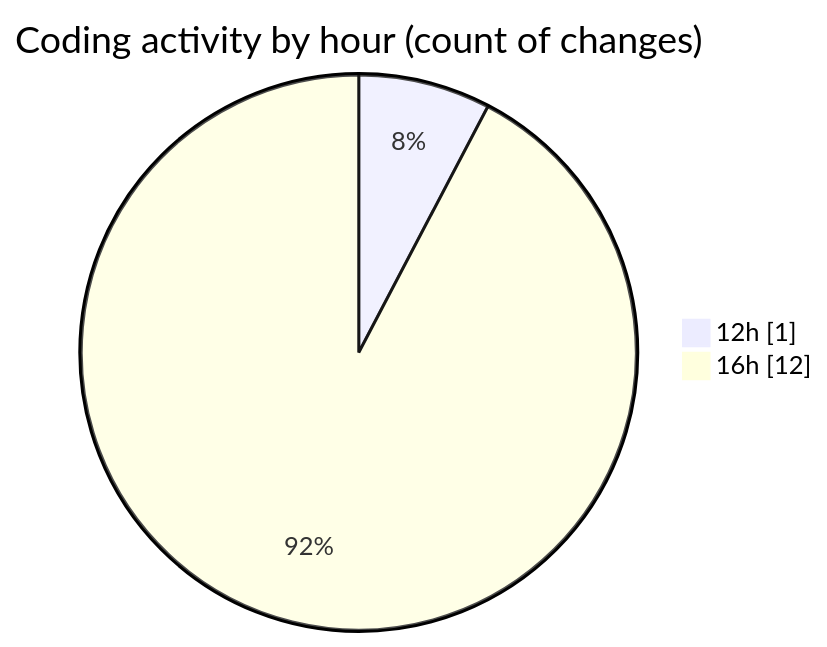
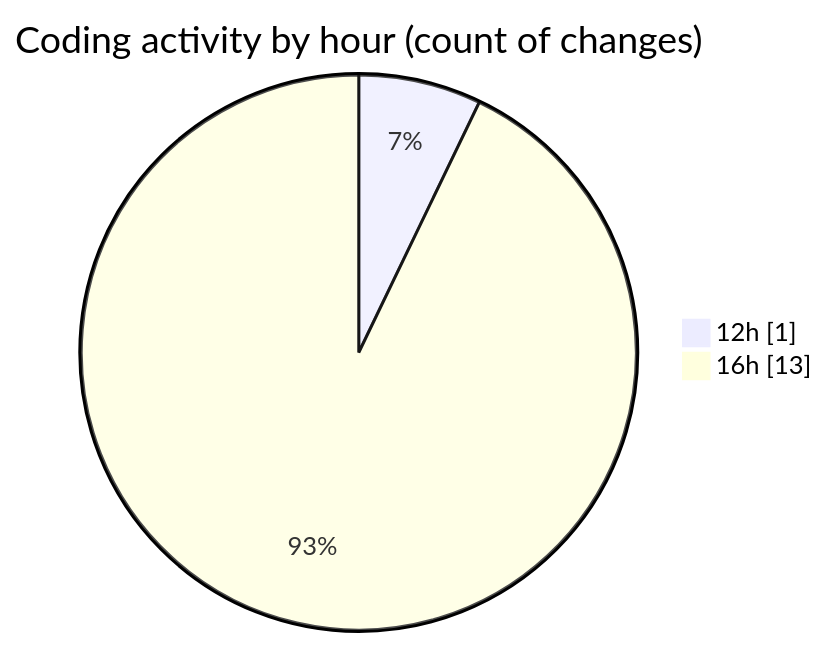
One commit to Elitesun/code-tracking changed the second of 2 diagrams in 2025-02-22/elitegpt/README.md. Above: the diagram before and after it, drawn with Mermaid. The commit also changed other lines of this file and 1 other file, not shown here.

````diff
--- a/2025-02-22/elitegpt/README.md
+++ b/2025-02-22/elitegpt/README.md
@@ -31,6 +32,6 @@
 ```mermaid
 pie showData
 title Coding activity by hour (count of changes)
 "12h" : 1
-"16h" : 12
+"16h" : 13
 ```
````
